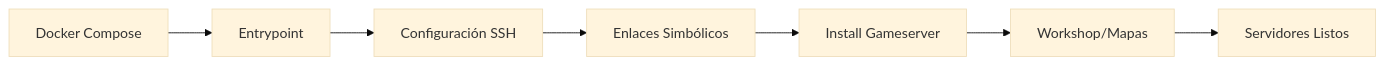
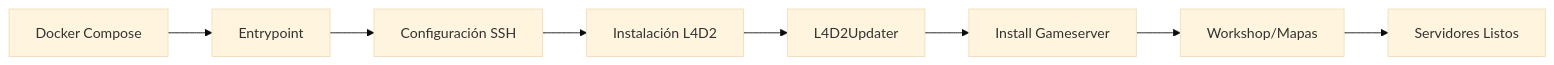
The diagram in README.md (AoC-Gamers/Docker-L4D2-Competitive), drawn with Mermaid (base theme) before and after one commit. The commit also changed other lines of this file and 12 other files, not shown here.

````diff
--- a/README.md
+++ b/README.md
@@ -46,9 +54,10 @@
 ```mermaid
 graph LR
     A[Docker Compose] --> B[Entrypoint]
     B --> C[Configuración SSH]
-    C --> D[Enlaces Simbólicos]
-    D --> E[Install Gameserver]
-    E --> F[Workshop/Mapas]
-    F --> G[Servidores Listos]
+    C --> D[Instalación L4D2]
+    D --> E[L4D2Updater]
+    E --> F[Install Gameserver]
+    F --> G[Workshop/Mapas]
+    G --> H[Servidores Listos]
 ```
````
